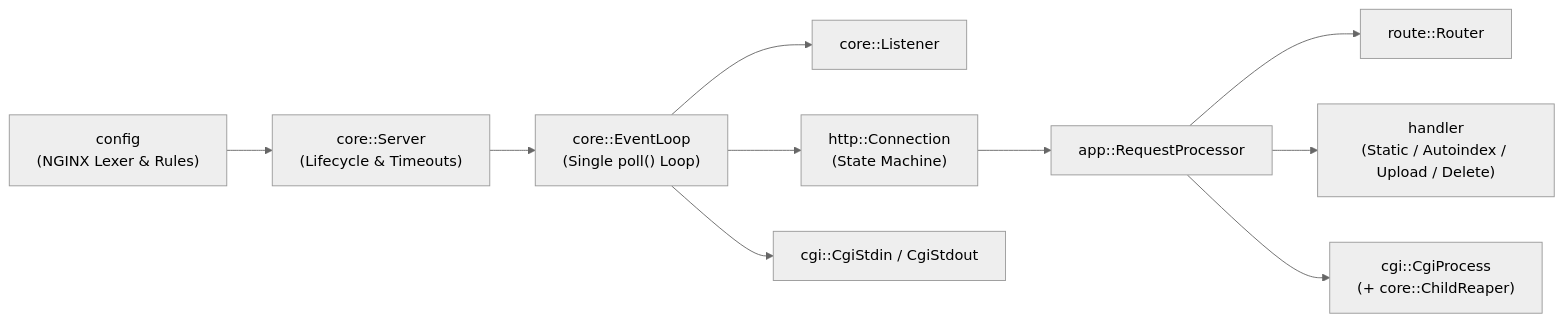
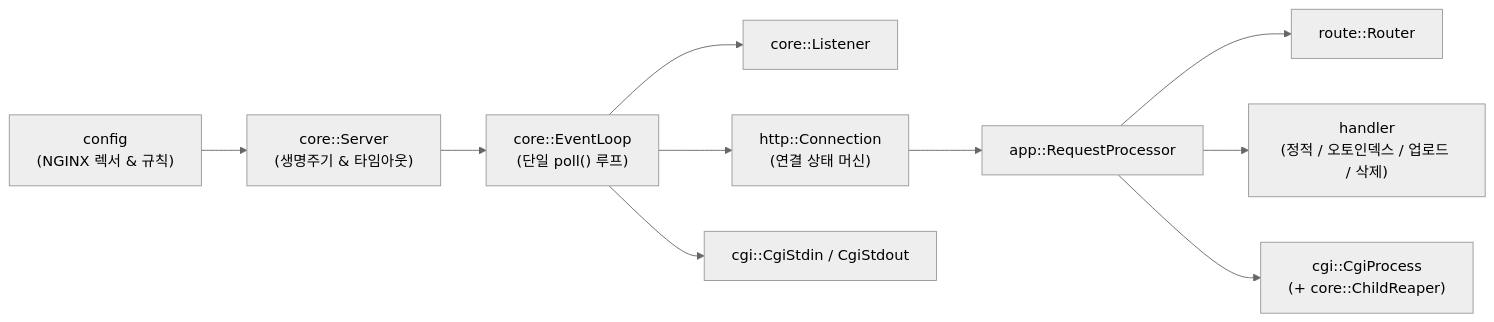
The diagram in profile/README.md (42GS/.github), drawn with Mermaid (neutral theme) before and after one commit. The commit also changed other lines of this file and 3 other files, not shown here.

````diff
--- a/profile/README.md
+++ b/profile/README.md
@@ -43,12 +34,12 @@
 ```mermaid
 flowchart LR
-    Config["config<br/>(NGINX Lexer &amp; Rules)"] --> Server["core::Server<br/>(Lifecycle &amp; Timeouts)"]
-    Server --> Loop["core::EventLoop<br/>(Single poll() Loop)"]
+    Config["config<br/>(NGINX 렉서 &amp; 규칙)"] --> Server["core::Server<br/>(생명주기 &amp; 타임아웃)"]
+    Server --> Loop["core::EventLoop<br/>(단일 poll() 루프)"]
     Loop --> Listener["core::Listener"]
-    Loop --> Conn["http::Connection<br/>(State Machine)"]
+    Loop --> Conn["http::Connection<br/>(연결 상태 머신)"]
     Loop --> Pipes["cgi::CgiStdin / CgiStdout"]
     Conn --> Proc["app::RequestProcessor"]
     Proc --> Router["route::Router"]
-    Proc --> Handler["handler<br/>(Static / Autoindex / Upload / Delete)"]
+    Proc --> Handler["handler<br/>(정적 / 오토인덱스 / 업로드 / 삭제)"]
     Proc --> CGI["cgi::CgiProcess<br/>(+ core::ChildReaper)"]
 ```
````
